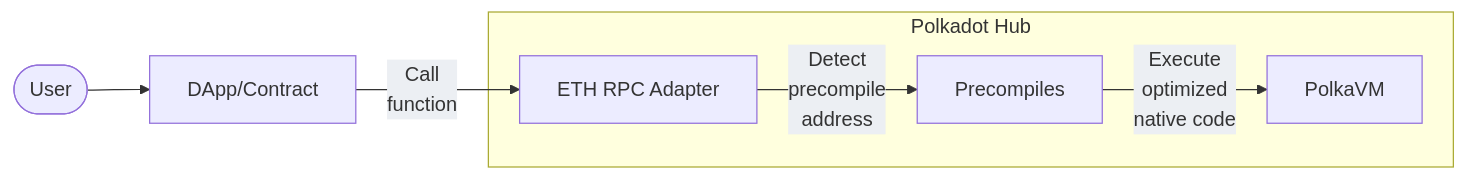
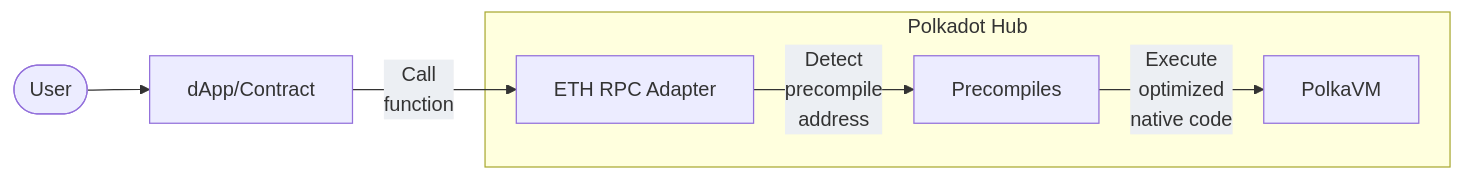
One commit to polkadot-developers/polkadot-docs changed the diagram in smart-contracts/precompiles/index.md. Above: the diagram before and after it, drawn with Mermaid. The commit also changed other lines of this file, not shown here.

````diff
--- a/smart-contracts/precompiles/index.md
+++ b/smart-contracts/precompiles/index.md
@@ -22,21 +22,21 @@
 ```mermaid
 flowchart LR
     User(["User"])
-    DApp["DApp/Contract"]
+    dApp["dApp/Contract"]
     PolkaEVM["ETH RPC Adapter"]
     Precompiles["Precompiles"]
     Runtime["PolkaVM"]
 
-    User --> DApp
-    DApp -->|"Call<br>function"| PolkaEVM
+    User --> dApp
+    dApp -->|"Call<br>function"| PolkaEVM
     PolkaEVM -->|"Detect<br>precompile<br>address"| Precompiles
     Precompiles -->|"Execute<br>optimized<br>native code"| Runtime
 
     subgraph "Polkadot Hub"
         PolkaEVM
         Precompiles
         Runtime
     end
 
     classDef edgeLabel background:#eceff3;
 ```
````
